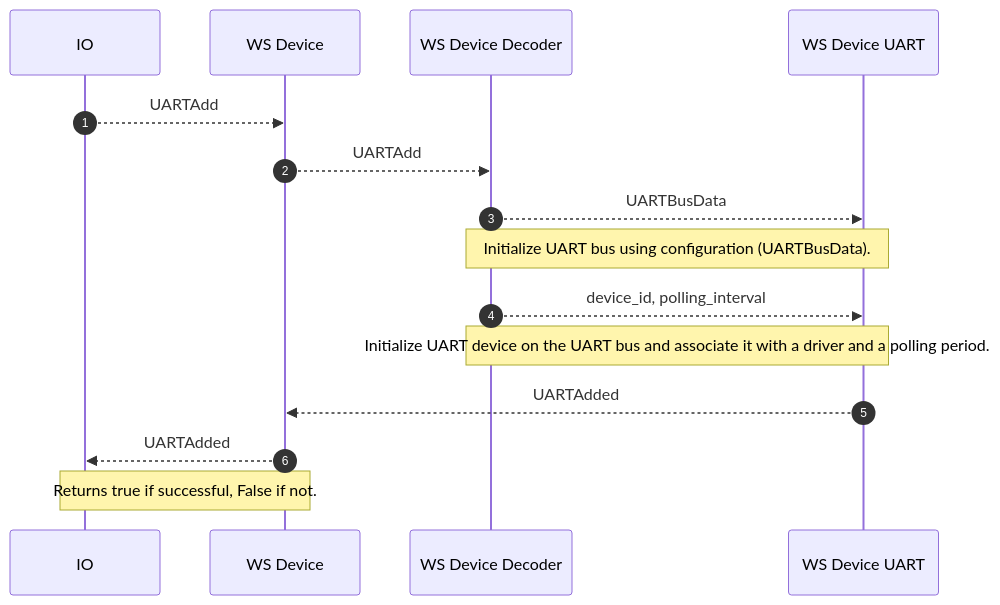
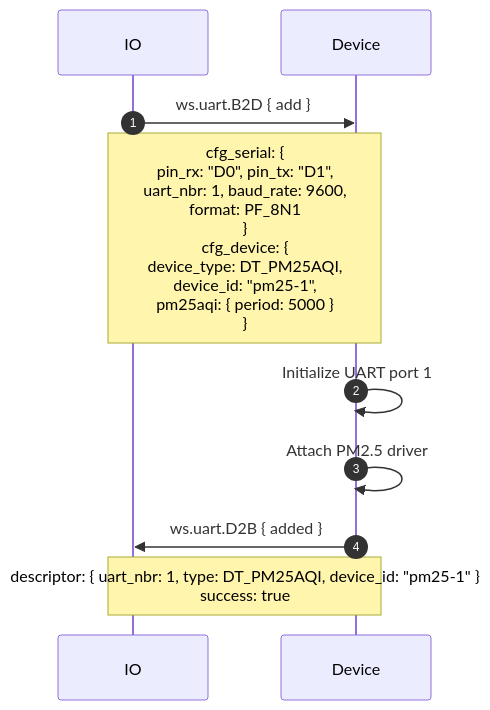
One commit to adafruit/Wippersnapper_Protobuf changed the first of 4 diagrams in proto/wippersnapper/docs/uart.md. Above: the diagram before and after it, drawn with Mermaid. The commit also changed other lines of this file and 10 other files, not shown here.

````diff
--- a/proto/wippersnapper/docs/uart.md
+++ b/proto/wippersnapper/docs/uart.md
@@ -18,19 +112,13 @@
 ```mermaid
 sequenceDiagram
 autonumber
 
-IO-->>WS Device: UARTAdd
+IO->>Device: ws.uart.B2D { add }
+Note over IO, Device: cfg_serial: {<br/>  pin_rx: "D0", pin_tx: "D1",<br/>  uart_nbr: 1, baud_rate: 9600,<br/>  format: PF_8N1<br/>}<br/>cfg_device: {<br/>  device_type: DT_PM25AQI,<br/>  device_id: "pm25-1",<br/>  pm25aqi: { period: 5000 }<br/>}
 
-WS Device-->>WS Device Decoder: UARTAdd
+Device->>Device: Initialize UART port 1
+Device->>Device: Attach PM2.5 driver
 
-WS Device Decoder-->>WS Device UART: UARTBusData
-Note over WS Device Decoder, WS Device UART: Initialize UART bus using configuration (UARTBusData).
-
-WS Device Decoder-->>WS Device UART: device_id, polling_interval
-Note over WS Device Decoder, WS Device UART: Initialize UART device on the UART bus and associate it with a driver and a polling period.
-
-WS Device UART-->>WS Device: UARTAdded
-
-WS Device-->>IO: UARTAdded
-Note over WS Device, IO: Returns true if successful, False if not.
+Device->>IO: ws.uart.D2B { added }
+Note over Device, IO: descriptor: { uart_nbr: 1, type: DT_PM25AQI, device_id: "pm25-1" }<br/>success: true
 ```
````
